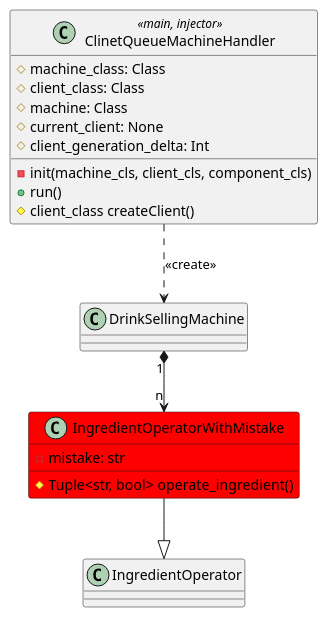
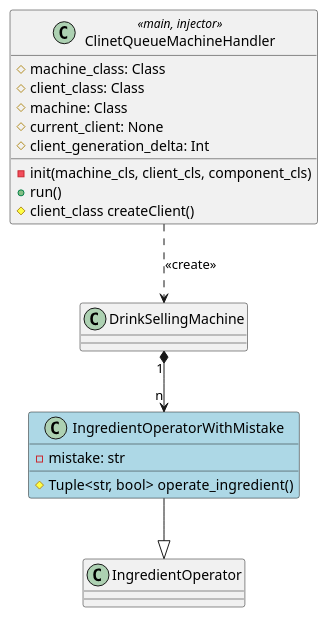
Before and after one commit to rserdyukov/programdesign-cource: the diagram in design/problem_book/drinks-selling-machine/UML/ext3/ext3.puml, drawn with PlantUML. The commit also changed 7 other files, not shown here.

```diff
--- a/design/problem_book/drinks-selling-machine/UML/ext3/ext3.puml
+++ b/design/problem_book/drinks-selling-machine/UML/ext3/ext3.puml
@@ -1,30 +1,30 @@
 @startuml ext3
 
 class ClinetQueueMachineHandler <<main, injector>> {
   # machine_class: Class
   # client_class: Class
   # machine: Class
   # current_client: None
   # client_generation_delta: Int
 
   - init(machine_cls, client_cls, component_cls)
   + run()
   # client_class createClient()
 }
 
 class DrinkSellingMachine
 class IngredientOperator
 
 ClinetQueueMachineHandler ..> DrinkSellingMachine: <<create>>
 
-class IngredientOperatorWithMistake #red {
+class IngredientOperatorWithMistake #lightBlue {
   - mistake: str
 
   # Tuple<str, bool> operate_ingredient()
 }
 
 DrinkSellingMachine "1" *--> "n" IngredientOperatorWithMistake
 IngredientOperatorWithMistake --|> IngredientOperator
 
 
 @enduml
```
